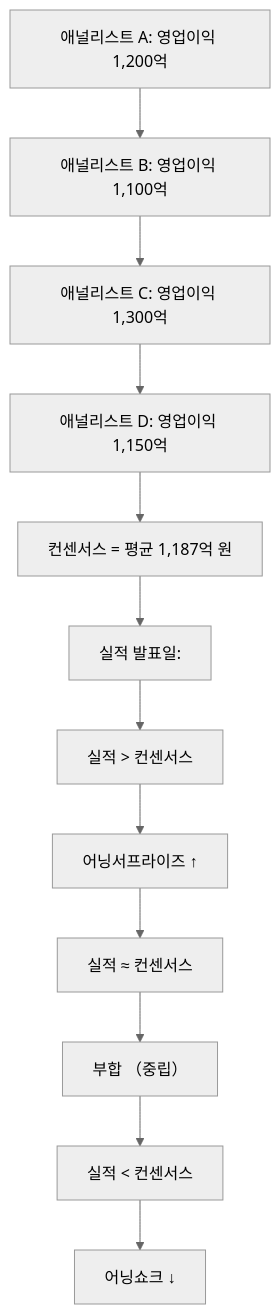
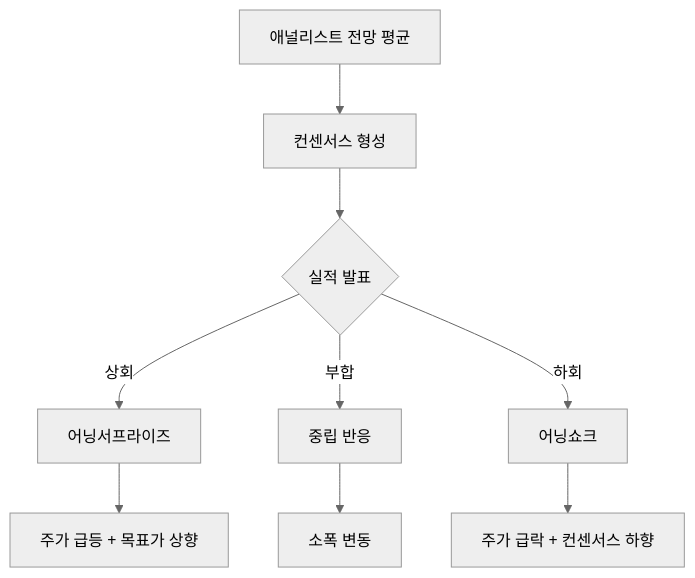
The diagram in content/stock-terms/ko/level-08-industry-macro/consensus.md (yeongseon/stock-visual-note), drawn with Mermaid (neutral theme) before and after one commit. The commit also changed other lines of this file and 96 other files, not shown here.

Commit message:
Rewrite all 98 remaining articles: branching Mermaid diagrams, natural search_intent, compelling seo_titles, clean descriptions

````diff
--- a/content/stock-terms/ko/level-08-industry-macro/consensus.md
+++ b/content/stock-terms/ko/level-08-industry-macro/consensus.md
@@ -42,26 +42,11 @@
 ```mermaid
 graph TD
-    A0["애널리스트 A: 영업이익 1,200억"]
-    A1["애널리스트 B: 영업이익 1,100억"]
-    A2["애널리스트 C: 영업이익 1,300억"]
-    A3["애널리스트 D: 영업이익 1,150억"]
-    A4["컨센서스 = 평균 1,187억 원"]
-    A5["실적 발표일:"]
-    A6["실적 > 컨센서스"]
-    A7["어닝서프라이즈 ↑"]
-    A8["실적 ≈ 컨센서스"]
-    A9["부합 （중립）"]
-    A10["실적 < 컨센서스"]
-    A11["어닝쇼크 ↓"]
-    A0 --> A1
-    A1 --> A2
-    A2 --> A3
-    A3 --> A4
-    A4 --> A5
-    A5 --> A6
-    A6 --> A7
-    A7 --> A8
-    A8 --> A9
-    A9 --> A10
-    A10 --> A11
+    A["애널리스트 전망 평균"] --> B["컨센서스 형성"]
+    B --> C{"실적 발표"}
+    C -->|"상회"| D["어닝서프라이즈"]
+    C -->|"부합"| E["중립 반응"]
+    C -->|"하회"| F["어닝쇼크"]
+    D --> D1["주가 급등 + 목표가 상향"]
+    F --> F1["주가 급락 + 컨센서스 하향"]
+    E --> E1["소폭 변동"]
 ```
````
